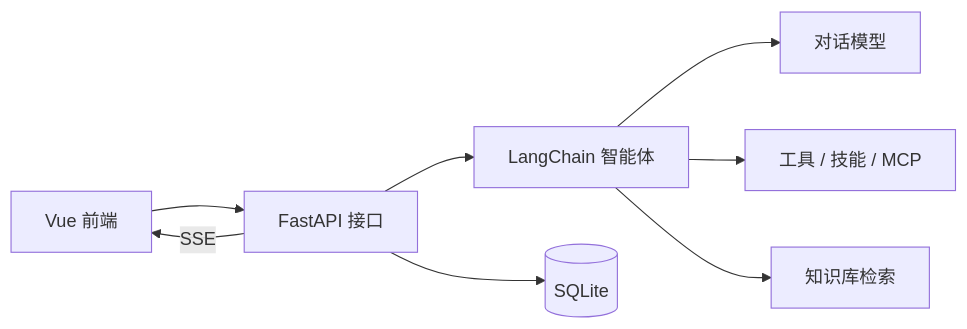
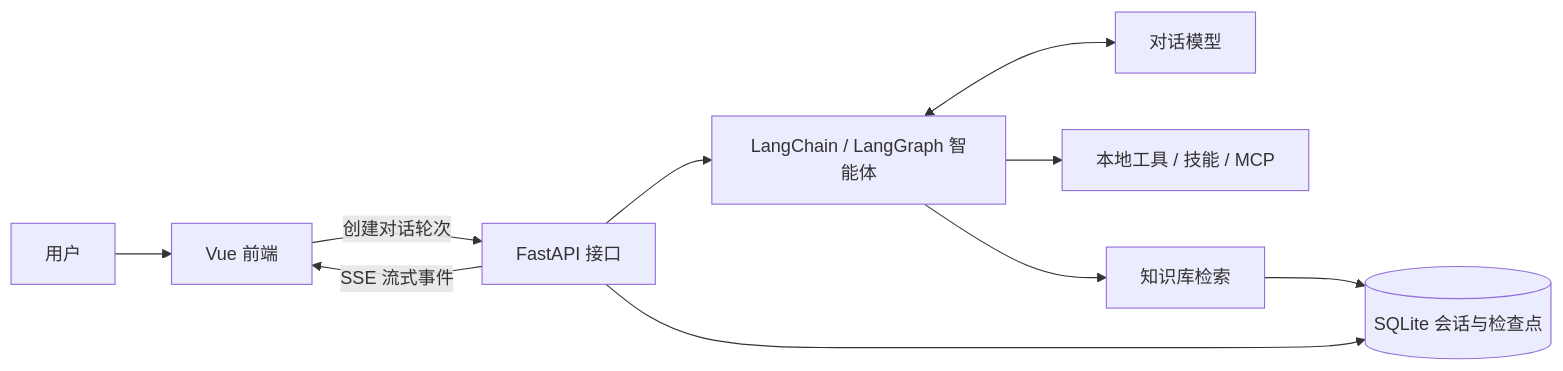
One commit to cjcainiao/harness changed the diagram in README.md. Above: the diagram before and after it, drawn with Mermaid. The commit also changed other lines of this file and 4 other files, not shown here.

````diff
--- a/README.md
+++ b/README.md
@@ -50,10 +56,12 @@
 ```mermaid
 flowchart LR
-    UI[Vue 前端] --> API[FastAPI 接口]
-    API --> Agent[LangChain 智能体]
-    Agent --> Model[对话模型]
-    Agent --> Tools[工具 / 技能 / MCP]
-    Agent --> RAG[知识库检索]
-    API --> DB[(SQLite)]
-    API -- SSE --> UI
+    User["用户"] --> UI["Vue 前端"]
+    UI -->|"创建对话轮次"| API["FastAPI 接口"]
+    API --> Agent["LangChain / LangGraph 智能体"]
+    Agent <--> Model["对话模型"]
+    Agent --> Tools["本地工具 / 技能 / MCP"]
+    Agent --> RAG["知识库检索"]
+    API --> DB[("SQLite 会话与检查点")]
+    RAG --> DB
+    API -->|"SSE 流式事件"| UI
 ```
````
